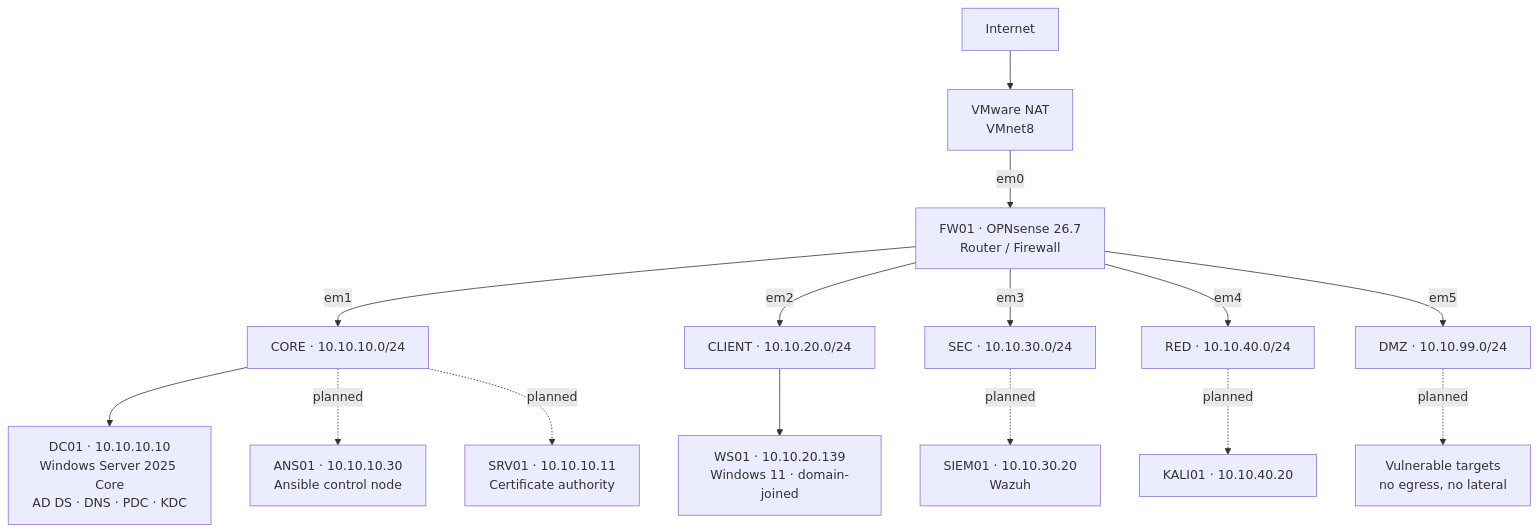
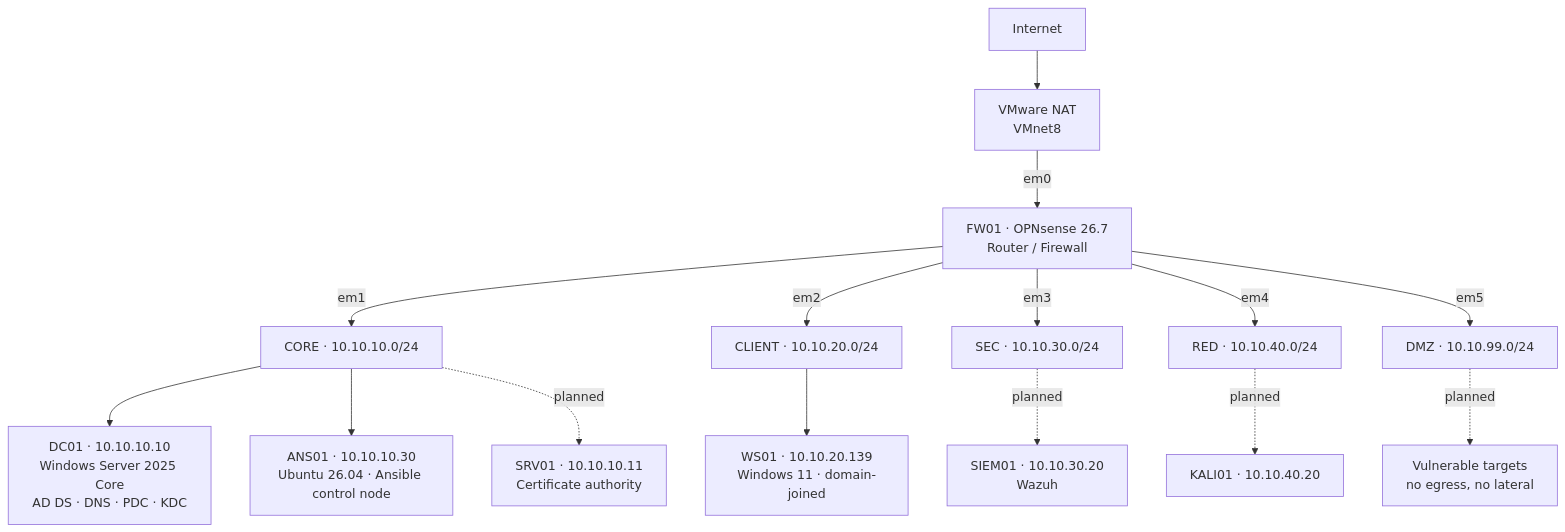
The diagram in README.md (Icejandeperio/VaultLab-IT-Infrastructure-Learning), drawn with Mermaid before and after one commit. The commit also changed other lines of this file and 4 other files, not shown here.

````diff
--- a/README.md
+++ b/README.md
@@ -14,18 +14,18 @@
 ```mermaid
 graph TD
     NET[Internet] --> NAT[VMware NAT<br/>VMnet8]
     NAT -->|em0| FW[FW01 · OPNsense 26.7<br/>Router / Firewall]
     FW -->|em1| CORE[CORE · 10.10.10.0/24]
     FW -->|em2| CLIENT[CLIENT · 10.10.20.0/24]
     FW -->|em3| SEC[SEC · 10.10.30.0/24]
     FW -->|em4| RED[RED · 10.10.40.0/24]
     FW -->|em5| DMZ[DMZ · 10.10.99.0/24]
 
     CORE --> DC01[DC01 · 10.10.10.10<br/>Windows Server 2025 Core<br/>AD DS · DNS · PDC · KDC]
-    CORE -.planned.-> ANS01[ANS01 · 10.10.10.30<br/>Ansible control node]
+    CORE --> ANS01[ANS01 · 10.10.10.30<br/>Ubuntu 26.04 · Ansible control node]
     CORE -.planned.-> SRV01[SRV01 · 10.10.10.11<br/>Certificate authority]
     CLIENT --> WS01[WS01 · 10.10.20.139<br/>Windows 11 · domain-joined]
     SEC -.planned.-> SIEM01[SIEM01 · 10.10.30.20<br/>Wazuh]
     RED -.planned.-> KALI01[KALI01 · 10.10.40.20]
     DMZ -.planned.-> TGT[Vulnerable targets<br/>no egress, no lateral]
 ```
````
